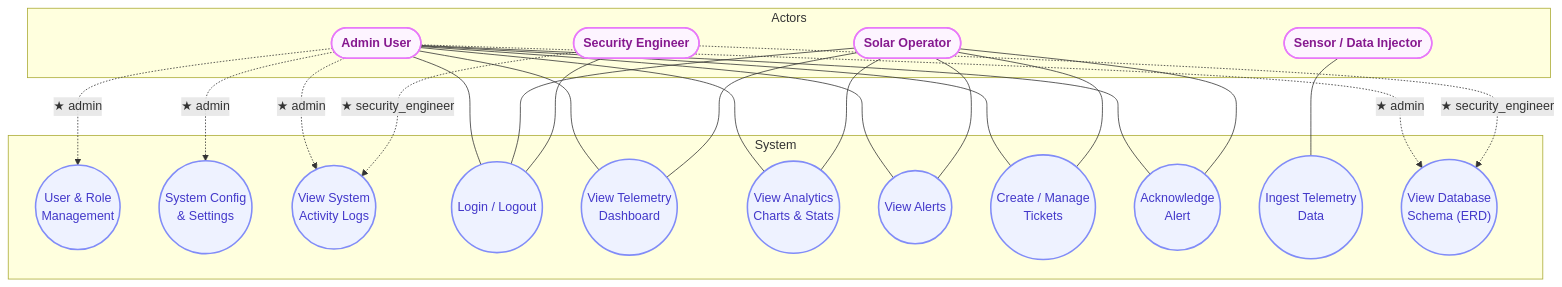
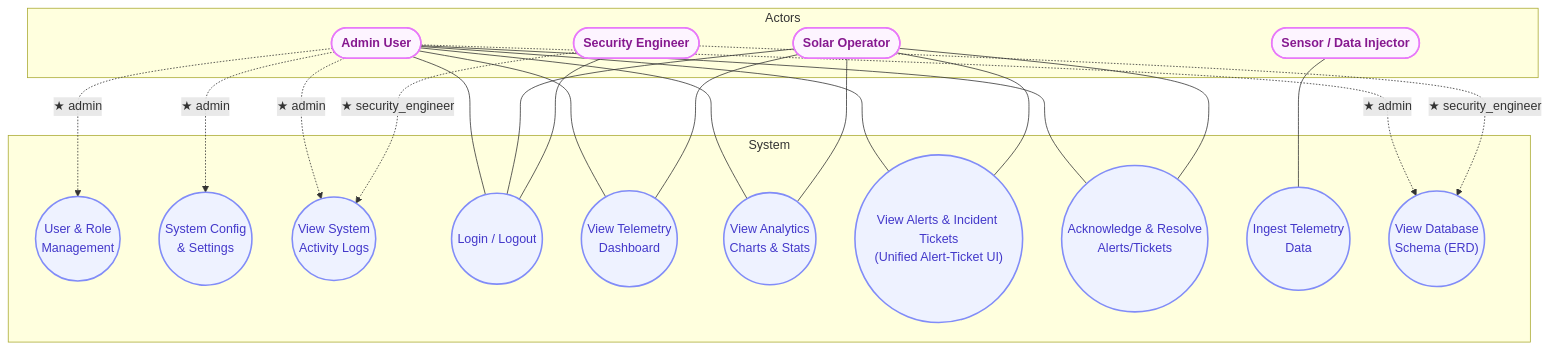
One commit to dunglt69/solar-anomaly-detection changed the diagram in diagrams/1_use_case_diagram.md. Above: the diagram before and after it, drawn with Mermaid. The commit also changed 1 other file, not shown here.

Commit message:
docs(uml): align use case and functional hierarchy diagrams with unified alerts-tickets UI

````diff
--- a/diagrams/1_use_case_diagram.md
+++ b/diagrams/1_use_case_diagram.md
@@ -5,56 +5,53 @@
 ```mermaid
 graph TB
   subgraph Actors
     Admin(["Admin User"]):::actor
     Operator(["Solar Operator"]):::actor
     Security(["Security Engineer"]):::actor
     Injector(["Sensor / Data Injector"]):::actor
   end
 
   subgraph System
     useManageUsers(("User & Role\nManagement")):::system
     useManageSettings(("System Config\n& Settings")):::system
     useViewActivityLogs(("View System\nActivity Logs")):::system
     useLogin(("Login / Logout")):::system
     useViewDashboard(("View Telemetry\nDashboard")):::system
     useViewAnalytics(("View Analytics\nCharts & Stats")):::system
-    useViewAlerts(("View Alerts")):::system
-    useManageTickets(("Create / Manage\nTickets")):::system
-    useAcknowledgeAlert(("Acknowledge\nAlert")):::system
+    useViewAlerts(("View Alerts & Incident Tickets\n(Unified Alert-Ticket UI)")):::system
+    useAcknowledgeAlert(("Acknowledge & Resolve\nAlerts/Tickets")):::system
     useInjectData(("Ingest Telemetry\nData")):::system
     useViewDatabaseSchema(("View Database\nSchema (ERD)")):::system
   end
 
   %% Admin-only (dashed = exclusive privilege)
   Admin -. "★ admin" .-> useManageUsers
   Admin -. "★ admin" .-> useManageSettings
   Admin -. "★ admin" .-> useViewDatabaseSchema
   Admin -. "★ admin" .-> useViewActivityLogs
 
   %% Security Engineer
   Security -. "★ security_engineer" .-> useViewActivityLogs
   Security -. "★ security_engineer" .-> useViewDatabaseSchema
 
   %% Shared access
   Admin --- useLogin
   Admin --- useViewDashboard
   Admin --- useViewAnalytics
   Admin --- useViewAlerts
-  Admin --- useManageTickets
   Admin --- useAcknowledgeAlert
 
   Operator --- useLogin
   Operator --- useViewDashboard
   Operator --- useViewAnalytics
   Operator --- useViewAlerts
-  Operator --- useManageTickets
   Operator --- useAcknowledgeAlert
 
   Security --- useLogin
 
   %% System actor
   Injector --- useInjectData
 
   classDef actor fill:#fdf4ff,stroke:#e879f9,stroke-width:2px,color:#86198f,font-weight:bold
   classDef system fill:#eef2ff,stroke:#818cf8,stroke-width:2px,color:#4338ca
 ```
````
